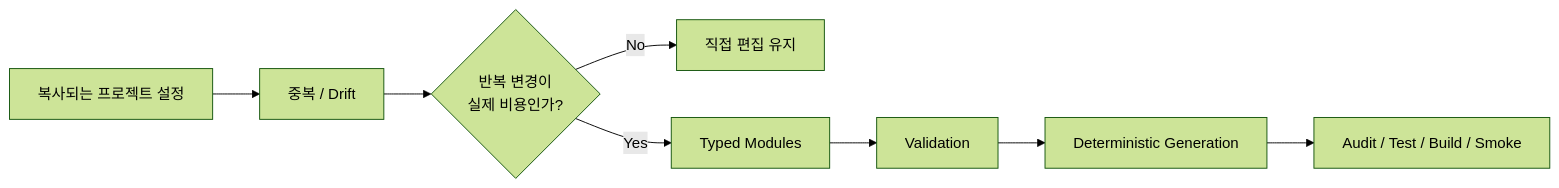
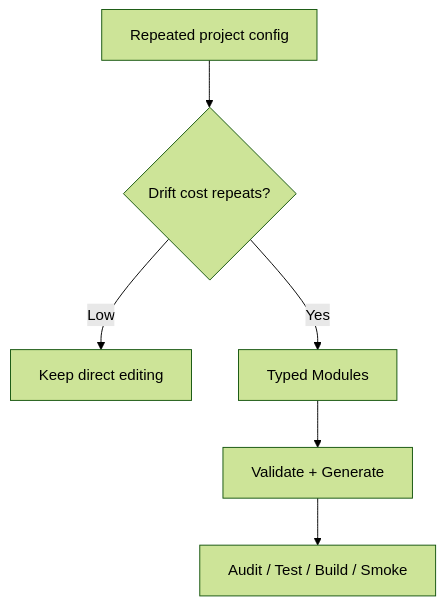
The second of 6 diagrams in PORTFOLIO-AX.md (tomtomjskim/jsnetworkcorp-portfolio), drawn with Mermaid (forest theme) before and after one commit. The commit also changed other lines of this file and 5 other files, not shown here.

First line of the commit message:
portfolio: compact AX diagrams after visual QA

````diff
--- a/PORTFOLIO-AX.md
+++ b/PORTFOLIO-AX.md
@@ -43,10 +39,8 @@
 ```mermaid
-flowchart LR
-    B[복사되는 프로젝트 설정] --> D[중복 / Drift]
-    D --> DEC{반복 변경이<br/>실제 비용인가?}
-    DEC -->|No| DIRECT[직접 편집 유지]
-    DEC -->|Yes| MOD[Typed Modules]
-    MOD --> VAL[Validation]
-    VAL --> GEN[Deterministic Generation]
-    GEN --> CI[Audit / Test / Build / Smoke]
+flowchart TD
+    A[Repeated project config] --> D{Drift cost repeats?}
+    D -->|Low| E[Keep direct editing]
+    D -->|Yes| M[Typed Modules]
+    M --> V[Validate + Generate]
+    V --> C[Audit / Test / Build / Smoke]
 ```
````
